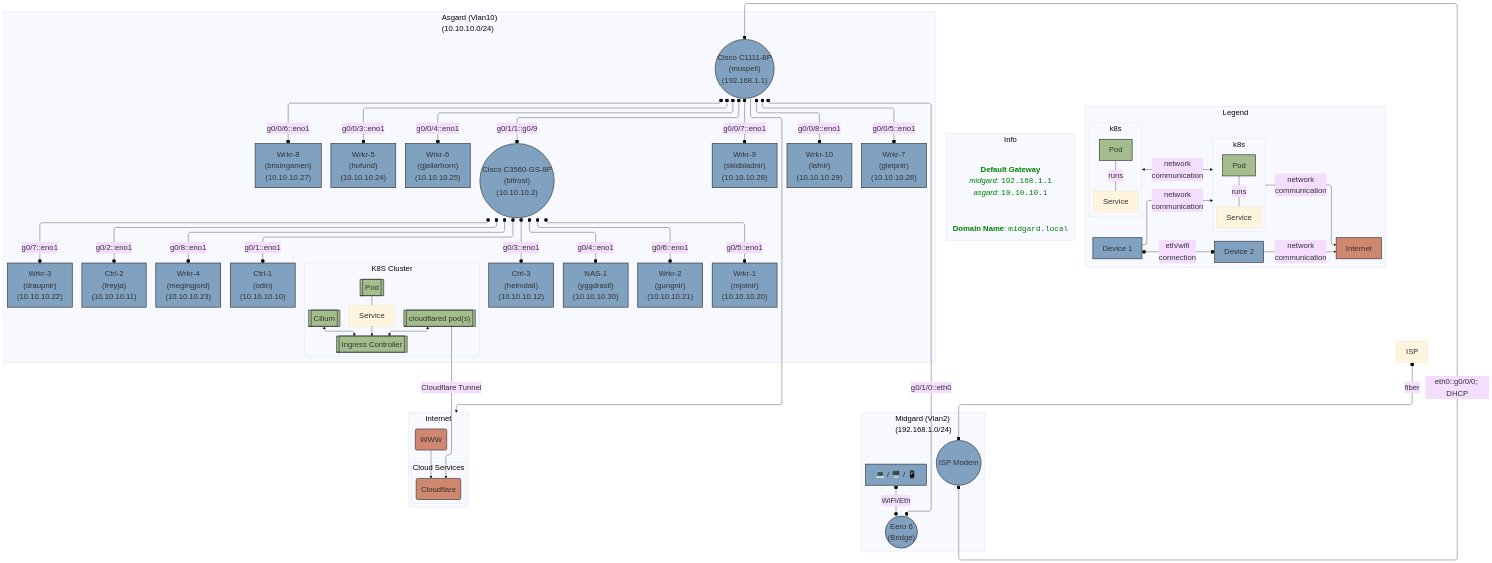
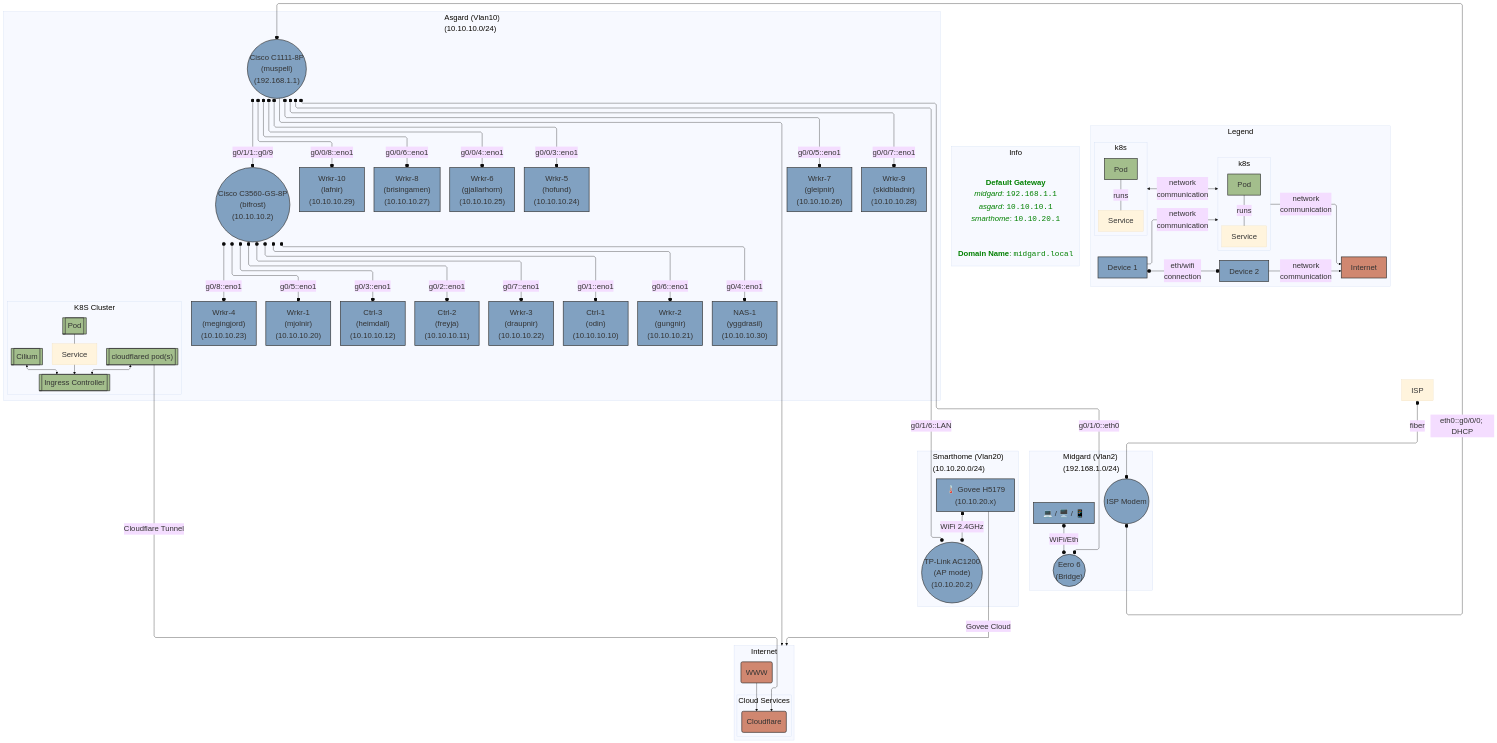
Before and after one commit to serpro69/ktchn8s: the diagram in docs/reference/architecture/network.md, drawn with Mermaid. The commit also changed 2 other files, not shown here.

Commit message:
Document isolated smarthome VLAN as network stage 5
Add a third network (VLAN 20, 10.10.20.0/24) for WiFi smart-home
devices, starting with Govee H5179 sensors that only need to reach
the Govee cloud. Devices on it cannot initiate connections to the
home or homelab networks or to the router itself, while home and
homelab can still reach it one way.

Eero in bridge mode cannot map SSIDs to VLANs, so the WiFi side is
an old TP-Link AC1200 in access point mode on C1111 port Gi0/1/6,
with the switchport doing the VLAN assignment. A trunk variant via
the C3560 is documented for when no router port is free.

The stage also restricts router SSH to home and homelab sources
with a VTY access-class, closing a gap where the permit-any rules
let any LAN reach the router's WAN address.

Update the architecture diagram and the AGENTS.md network section
to match.

```diff
--- a/docs/reference/architecture/network.md
+++ b/docs/reference/architecture/network.md
@@ -48,6 +48,7 @@
              **Default Gateway**
              *midgard*: <code>192.168.1.1</code>
              *asgard*:  <code>10.10.10.1</code>
+             *smarthome*: <code>10.10.20.1</code>
              <br>
              **Domain Name**: <code>midgard.local</code>
         " }
@@ -122,8 +123,20 @@
         C1111 o--o |g0/1/1::g0/9| C3560
     end
 
+    subgraph GrSH["Smarthome (Vlan20)<br>(10.10.20.0/24)"]
+        direction TB
+
+        TPL@{ shape: circle, label: "TP-Link AC1200<br>(AP mode)<br>(10.10.20.2)" }
+        GOV@{ shape: rect, label: "🌡️ Govee H5179<br>(10.10.20.x)" }
+
+        %% declared after TPL so the node is owned by this subgraph, not by Midgard
+        C1111 o--o |g0/1/6::LAN| TPL
+        GOV   o--o |WiFi 2.4GHz| TPL
+    end
+
     ISP   o--o |fiber| ISPM
     C1111  --> GrI
+    GOV    --> |Govee Cloud| GrI
 
     subgraph GrI[Internet]
         direction LR
@@ -147,7 +160,7 @@
     class homelab_info text
 
     class W3,CF cloud
-    class A,B,C,D,E,F,G,H,I,J,K,L,M,S1,C1111,C3560,DV,ISPM,EER device
+    class A,B,C,D,E,F,G,H,I,J,K,L,M,S1,C1111,C3560,DV,ISPM,EER,TPL,GOV device
     class IC,CFD,LB,PD pod
 
     %% legend elements separately for readability
```
